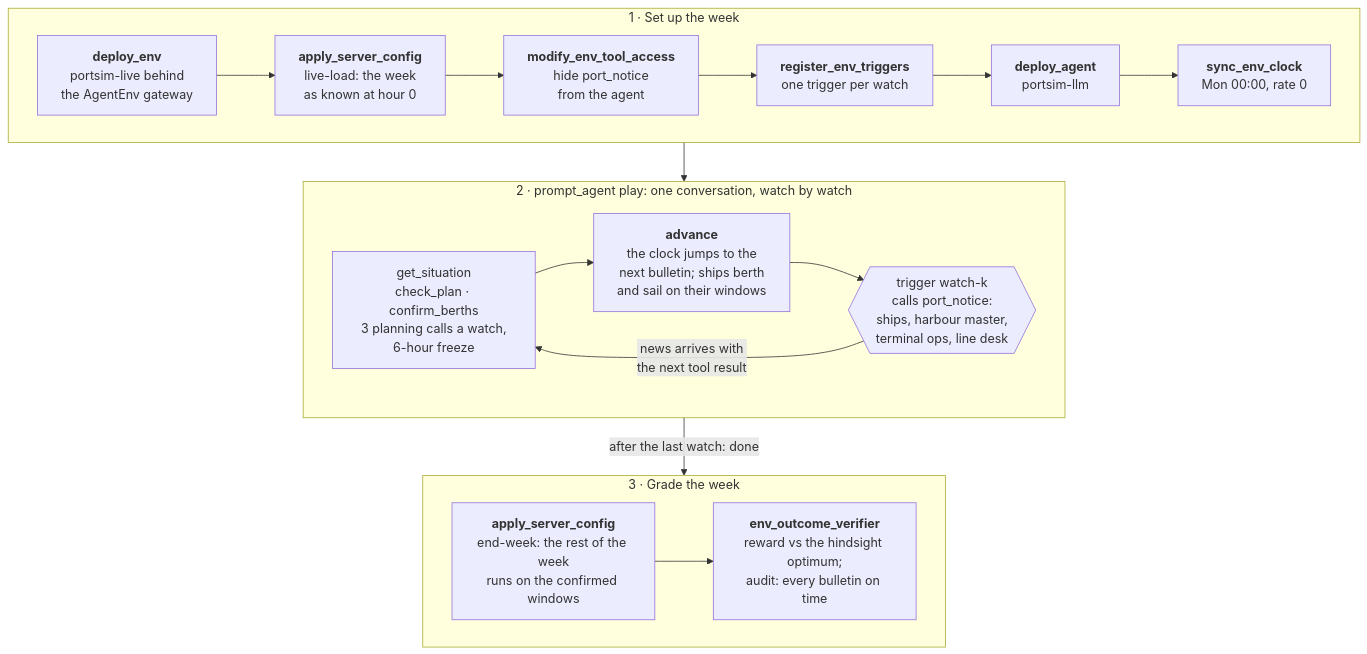
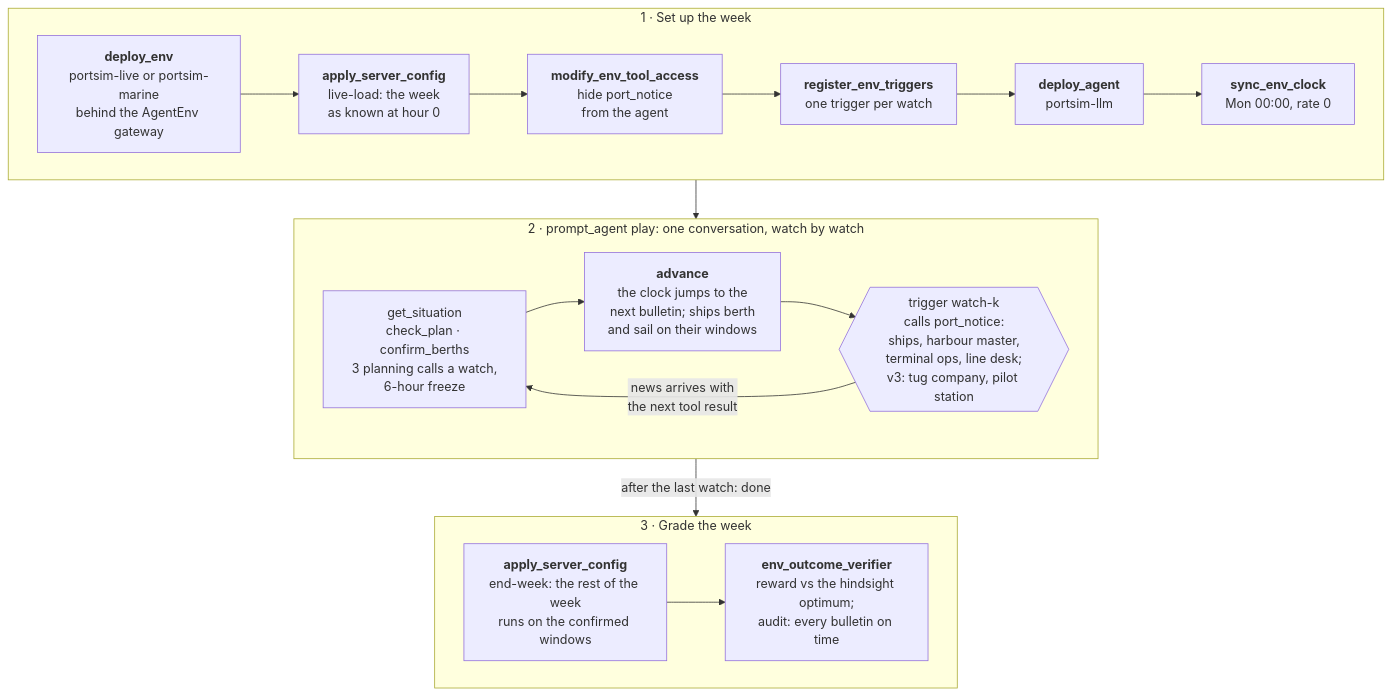
Before and after one commit to earakely-scale/agentenv-portsim-plugin: the diagram in README.md, drawn with Mermaid. The commit also changed other lines of this file and 3 other files, not shown here.

First line of the commit message:
docs: the marine port leads the README, the dataset builder takes v3, and version 0.3.0 (#19)

````diff
--- a/README.md
+++ b/README.md
@@ -17,16 +17,16 @@
 ```mermaid
 flowchart TD
   subgraph setup["1 · Set up the week"]
     direction LR
-    deploy["<b>deploy_env</b><br/>portsim-live behind<br/>the AgentEnv gateway"] --> load["<b>apply_server_config</b><br/>live-load: the week<br/>as known at hour 0"] --> hide["<b>modify_env_tool_access</b><br/>hide port_notice<br/>from the agent"] --> watches["<b>register_env_triggers</b><br/>one trigger per watch"] --> agent["<b>deploy_agent</b><br/>portsim-llm"] --> clock["<b>sync_env_clock</b><br/>Mon 00:00, rate 0"]
+    deploy["<b>deploy_env</b><br/>portsim-live or portsim-marine<br/>behind the AgentEnv gateway"] --> load["<b>apply_server_config</b><br/>live-load: the week<br/>as known at hour 0"] --> hide["<b>modify_env_tool_access</b><br/>hide port_notice<br/>from the agent"] --> watches["<b>register_env_triggers</b><br/>one trigger per watch"] --> agent["<b>deploy_agent</b><br/>portsim-llm"] --> clock["<b>sync_env_clock</b><br/>Mon 00:00, rate 0"]
   end
   subgraph play["2 · prompt_agent play: one conversation, watch by watch"]
     direction LR
-    plan["get_situation<br/>check_plan · confirm_berths<br/>3 planning calls a watch,<br/>6-hour freeze"] --> advance["<b>advance</b><br/>the clock jumps to the<br/>next bulletin; ships berth<br/>and sail on their windows"] --> trigger{{"trigger watch-k<br/>calls port_notice:<br/>ships, harbour master,<br/>terminal ops, line desk"}} -->|"news arrives with<br/>the next tool result"| plan
+    plan["get_situation<br/>check_plan · confirm_berths<br/>3 planning calls a watch,<br/>6-hour freeze"] --> advance["<b>advance</b><br/>the clock jumps to the<br/>next bulletin; ships berth<br/>and sail on their windows"] --> trigger{{"trigger watch-k<br/>calls port_notice:<br/>ships, harbour master,<br/>terminal ops, line desk;<br/>v3: tug company, pilot station"}} -->|"news arrives with<br/>the next tool result"| plan
   end
   subgraph finish["3 · Grade the week"]
     direction LR
     endweek["<b>apply_server_config</b><br/>end-week: the rest of the week<br/>runs on the confirmed windows"] --> grade["<b>env_outcome_verifier</b><br/>reward vs the hindsight optimum;<br/>audit: every bulletin on time"]
   end
   setup --> play -->|"after the last watch: done"| finish
 ```
````
